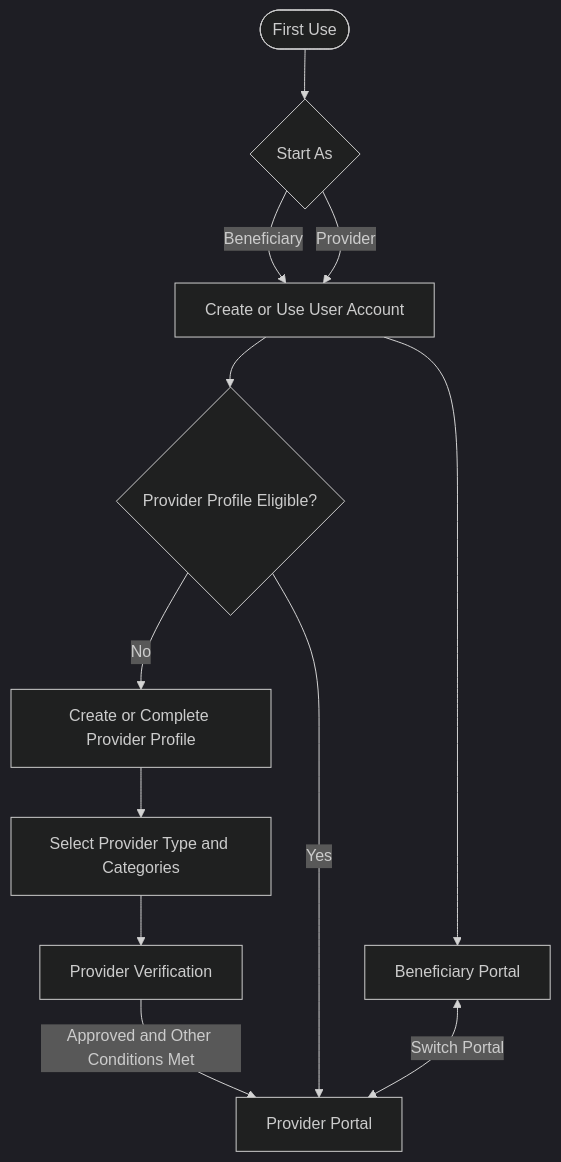
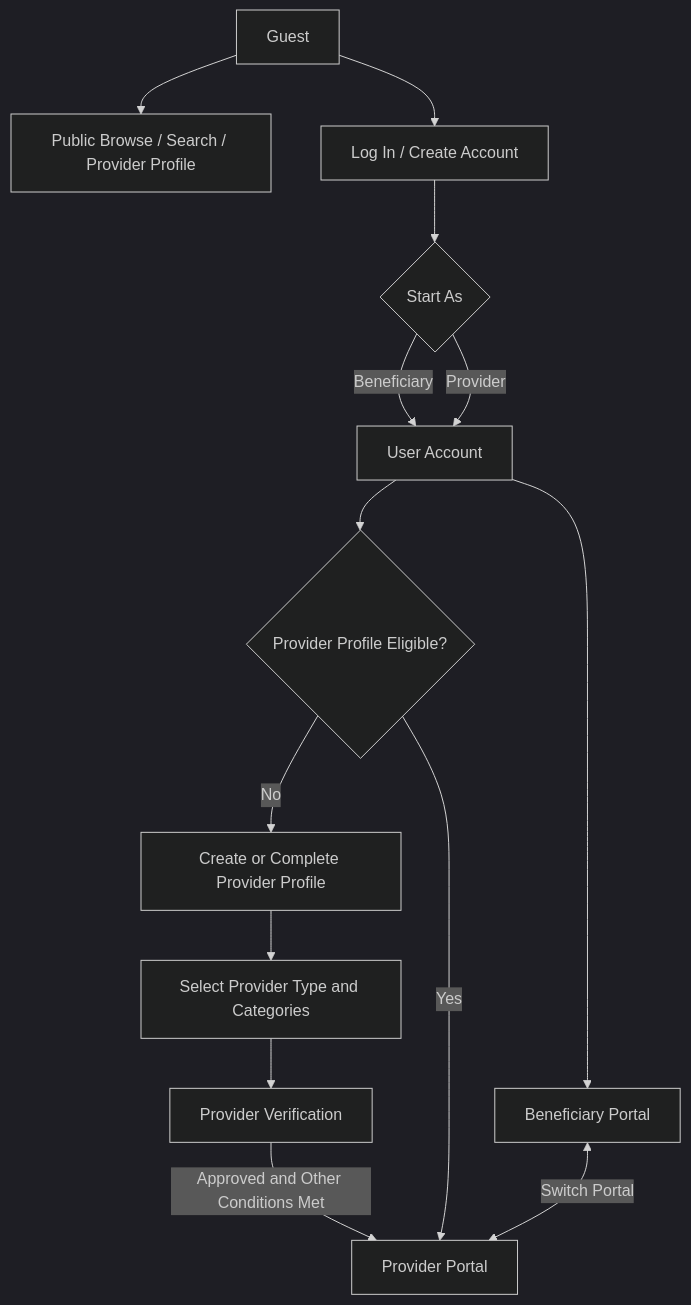
One commit to Yadd-SanaaUniversityGraduationProject/yadd changed the diagram in docs/03-analysis/14-account-portal-model.md. Above: the diagram before and after it, drawn with Mermaid (dark theme). The commit also changed other lines of this file, not shown here.

Commit message:
sync(account): add Guest pre-auth access boundary

````diff
--- a/docs/03-analysis/14-account-portal-model.md
+++ b/docs/03-analysis/14-account-portal-model.md
@@ -45,14 +68,16 @@
 ```mermaid
 flowchart TD
-    START([First Use]) --> CHOOSE{Start As}
-    CHOOSE -->|Beneficiary| U[Create or Use User Account]
+    G[Guest] --> PUB[Public Browse / Search / Provider Profile]
+    G --> AUTH[Log In / Create Account]
+    AUTH --> CHOOSE{Start As}
+    CHOOSE -->|Beneficiary| U[User Account]
     CHOOSE -->|Provider| U
     U --> B[Beneficiary Portal]
     U --> HAS{Provider Profile Eligible?}
     HAS -->|No| CREATE[Create or Complete Provider Profile]
     CREATE --> TYPE[Select Provider Type and Categories]
     TYPE --> VERIFY[Provider Verification]
     VERIFY -->|Approved and Other Conditions Met| P[Provider Portal]
     HAS -->|Yes| P
     B <-->|Switch Portal| P
 ```
````
